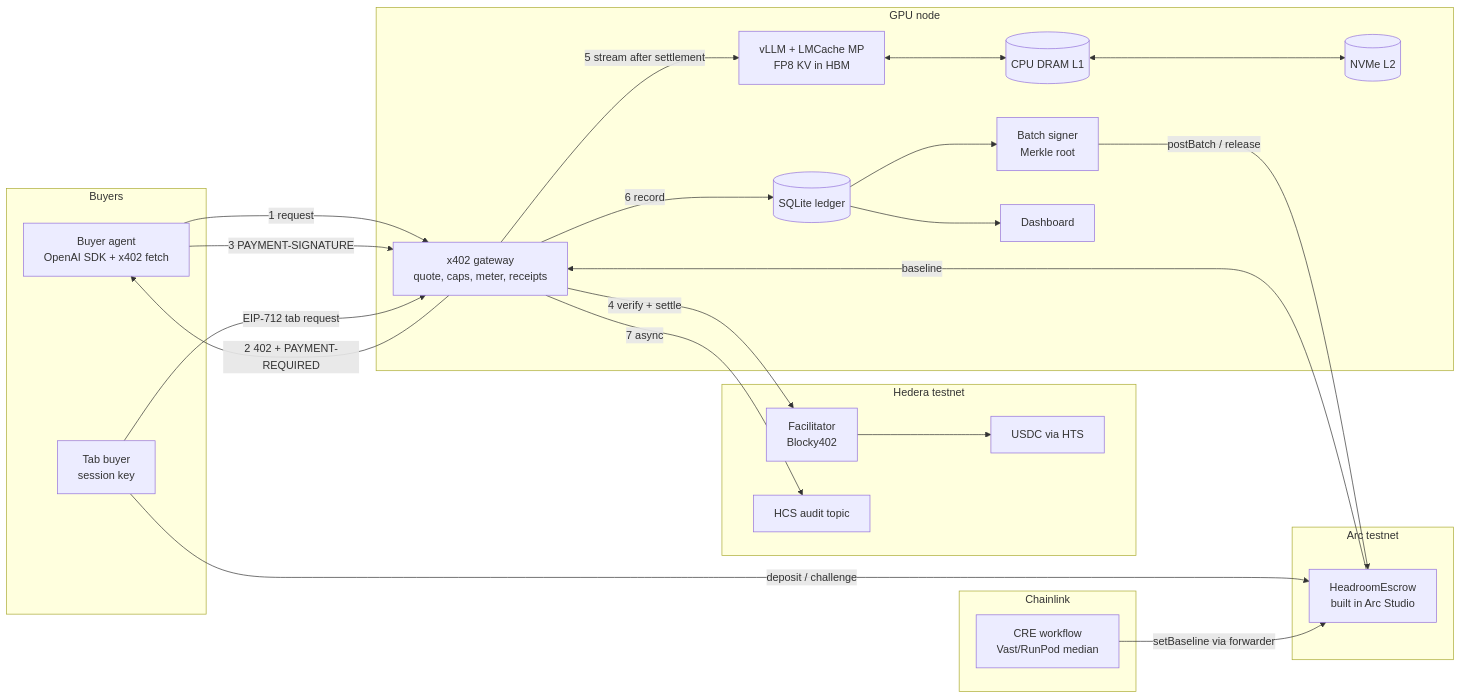
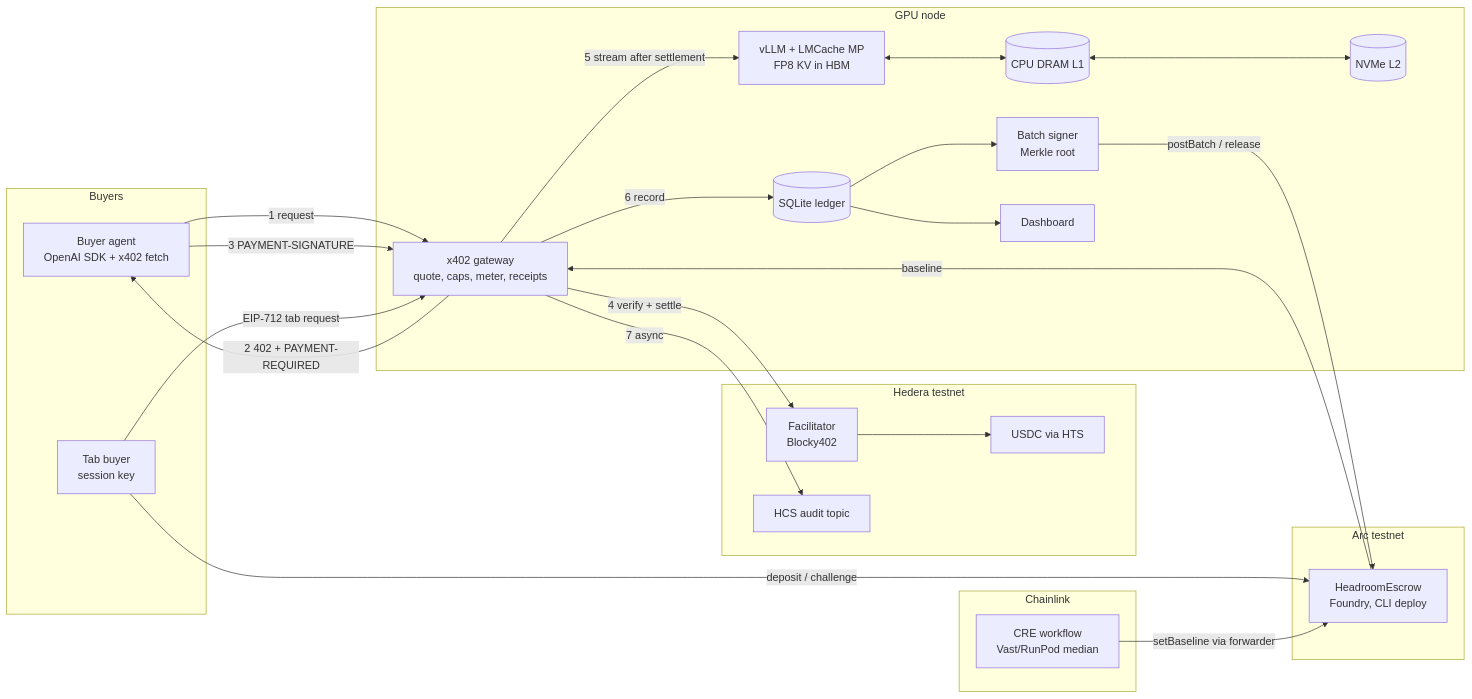
One commit to parry22/headroom changed the diagram in docs/architecture.md. Above: the diagram before and after it, drawn with Mermaid. The commit also changed 24 other files, not shown here.

First line of the commit message:
arc: escrow is the submission contract (CLI deploy qualifies, Studio optional)

````diff
--- a/docs/architecture.md
+++ b/docs/architecture.md
@@ -5,41 +5,41 @@
 ```mermaid
 flowchart LR
   subgraph Buyers
     A[Buyer agent<br/>OpenAI SDK + x402 fetch] 
     T[Tab buyer<br/>session key]
   end
   subgraph Node[GPU node]
     G[x402 gateway<br/>quote, caps, meter, receipts]
     V[vLLM + LMCache MP<br/>FP8 KV in HBM]
     L1[(CPU DRAM L1)]
     L2[(NVMe L2)]
     S[Batch signer<br/>Merkle root]
     D[Dashboard]
     DB[(SQLite ledger)]
   end
   subgraph Hedera[Hedera testnet]
     F[Facilitator<br/>Blocky402]
     HTS[USDC via HTS]
     HCS[HCS audit topic]
   end
   subgraph Arc[Arc testnet]
-    E[HeadroomEscrow<br/>built in Arc Studio]
+    E[HeadroomEscrow<br/>Foundry, CLI deploy]
   end
   subgraph CL[Chainlink]
     CRE[CRE workflow<br/>Vast/RunPod median]
   end
   A -- 1 request --> G
   G -- 2 402 + PAYMENT-REQUIRED --> A
   A -- 3 PAYMENT-SIGNATURE --> G
   G -- 4 verify + settle --> F --> HTS
   G -- 5 stream after settlement --> V
   V <--> L1 <--> L2
   G -- 6 record --> DB
   G -- 7 async --> HCS
   T -- EIP-712 tab request --> G
   DB --> S -- postBatch / release --> E
   T -- deposit / challenge --> E
   CRE -- setBaseline via forwarder --> E
   E -- baseline --> G
   DB --> D
 ```
````
